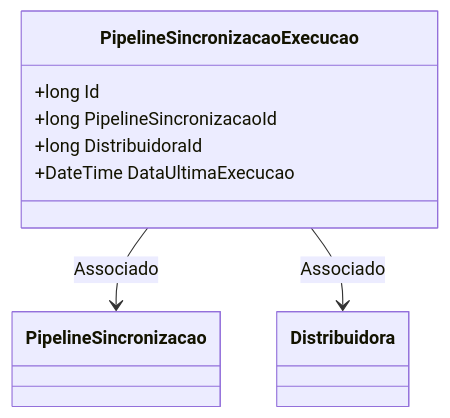
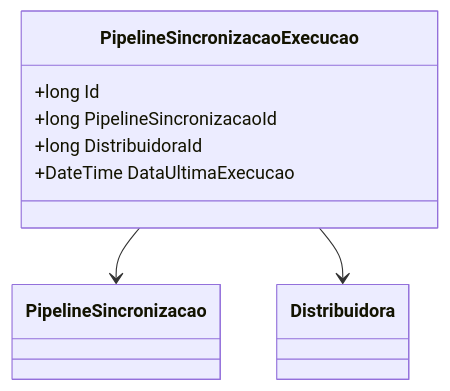
One commit to IsthmusSistemas/documentacao-tecnica changed the diagram in docs/b2b-dominio/IsthmusWinthor.Nucleo/IsthmusWinthor.Dominio/Entidades/PipelineSincronizacaoExecucao.md. Above: the diagram before and after it, drawn with Mermaid. The commit also changed other lines of this file and 882 other files, not shown here.

````diff
--- a/docs/b2b-dominio/IsthmusWinthor.Nucleo/IsthmusWinthor.Dominio/Entidades/PipelineSincronizacaoExecucao.md
+++ b/docs/b2b-dominio/IsthmusWinthor.Nucleo/IsthmusWinthor.Dominio/Entidades/PipelineSincronizacaoExecucao.md
@@ -23,18 +22,11 @@
 ```mermaid
 classDiagram
     class PipelineSincronizacaoExecucao {
         +long Id
         +long PipelineSincronizacaoId
         +long DistribuidoraId
         +DateTime DataUltimaExecucao
     }
-
-    class PipelineSincronizacao {
-    }
-
-    class Distribuidora {
-    }
-
-    PipelineSincronizacaoExecucao --> PipelineSincronizacao : Associado
-    PipelineSincronizacaoExecucao --> Distribuidora : Associado
+    PipelineSincronizacaoExecucao --> PipelineSincronizacao
+    PipelineSincronizacaoExecucao --> Distribuidora
 ```
````
